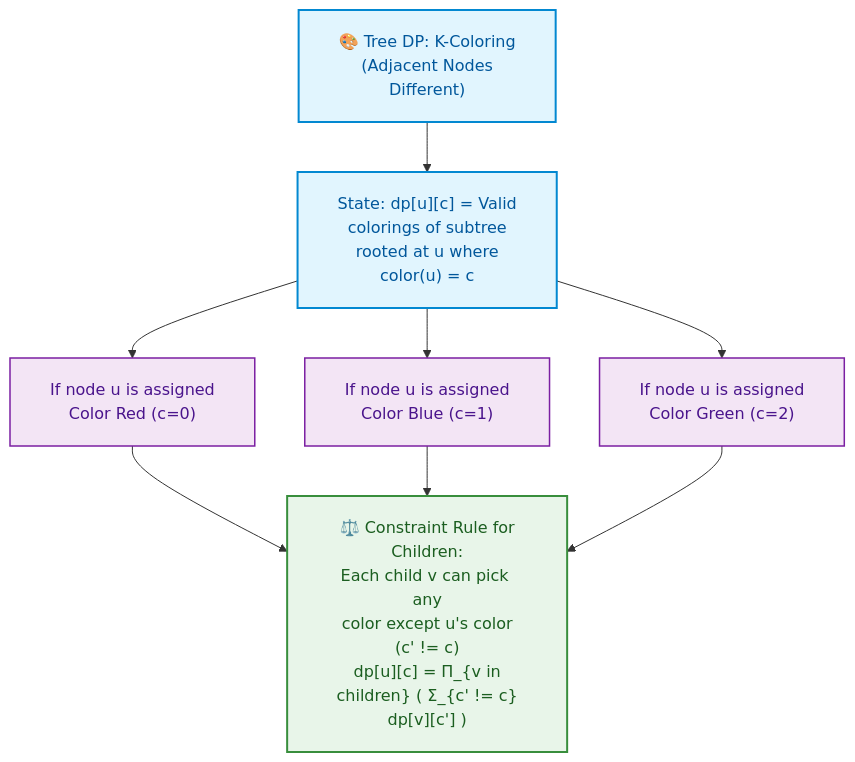
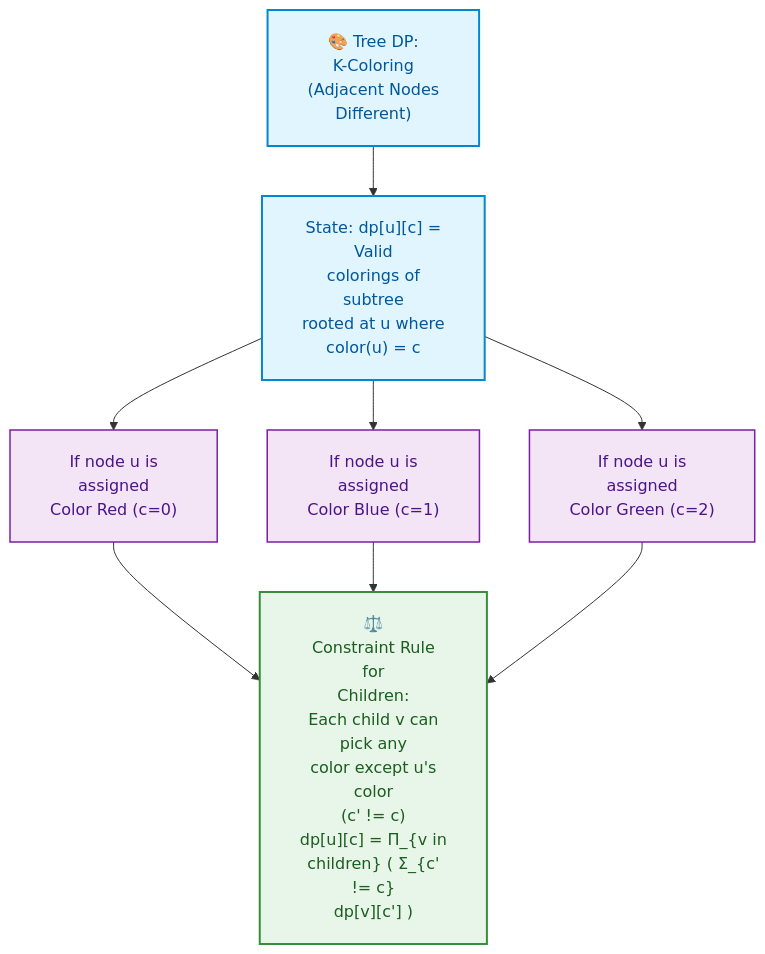
The first of 2 diagrams in week_11_dp_ii_advanced/Week_11_Visual_Concepts_Playbook_HYBRID.md (dip4k/DSA_102), drawn with Mermaid before and after one commit. The commit also changed other lines of this file and 106 other files, not shown here.

First line of the commit message:
fix(mermaid): prevent text clipping with foreignObject overflow and tighter line wrapping

````diff
--- a/week_11_dp_ii_advanced/Week_11_Visual_Concepts_Playbook_HYBRID.md
+++ b/week_11_dp_ii_advanced/Week_11_Visual_Concepts_Playbook_HYBRID.md
@@ -106,16 +106,16 @@
 ```mermaid
-%%{init: {"flowchart": {"htmlLabels": true, "padding": 20}}}%%
+%%{init: {"flowchart": {"htmlLabels": true, "padding": 20}, "themeCSS": "foreignObject { overflow: visible !important; }"}}%%
 flowchart TD
     classDef node fill:#e1f5fe,stroke:#0288d1,color:#01579b,stroke-width:2px;
     classDef color fill:#f3e5f5,stroke:#7b1fa2,color:#4a148c,stroke-width:1.5px;
     classDef rule fill:#e8f5e9,stroke:#388e3c,color:#1b5e20,stroke-width:2px;
 
-    R["🎨 Tree DP: K-Coloring<br/>(Adjacent Nodes<br/>Different)"]:::node
-    R --> S["State: dp[u][c] = Valid<br/>colorings of subtree<br/>rooted at u where<br/>color(u) = c"]:::node
-    S --> C0["If node u is assigned<br/>Color Red (c=0)"]:::color
-    S --> C1["If node u is assigned<br/>Color Blue (c=1)"]:::color
-    S --> C2["If node u is assigned<br/>Color Green (c=2)"]:::color
+    R["🎨 Tree DP:<br/>K-Coloring<br/>(Adjacent Nodes<br/>Different)"]:::node
+    R --> S["State: dp[u][c] =<br/>Valid<br/>colorings of<br/>subtree<br/>rooted at u where<br/>color(u) = c"]:::node
+    S --> C0["If node u is<br/>assigned<br/>Color Red (c=0)"]:::color
+    S --> C1["If node u is<br/>assigned<br/>Color Blue (c=1)"]:::color
+    S --> C2["If node u is<br/>assigned<br/>Color Green (c=2)"]:::color
 
-    C0 --> Trans["⚖️ Constraint Rule for<br/>Children:<br/>Each child v can pick any<br/>color except u's color<br/>(c' != c)<br/>dp[u][c] = Π_{v in<br/>children} ( Σ_{c' != c}<br/>dp[v][c'] )"]:::rule
+    C0 --> Trans["⚖️<br/>Constraint Rule<br/>for<br/>Children:<br/>Each child v can<br/>pick any<br/>color except u's<br/>color<br/>(c' != c)<br/>dp[u][c] = Π_{v in<br/>children} ( Σ_{c'<br/>!= c}<br/>dp[v][c'] )"]:::rule
     C1 & C2 --> Trans
 ```
````
